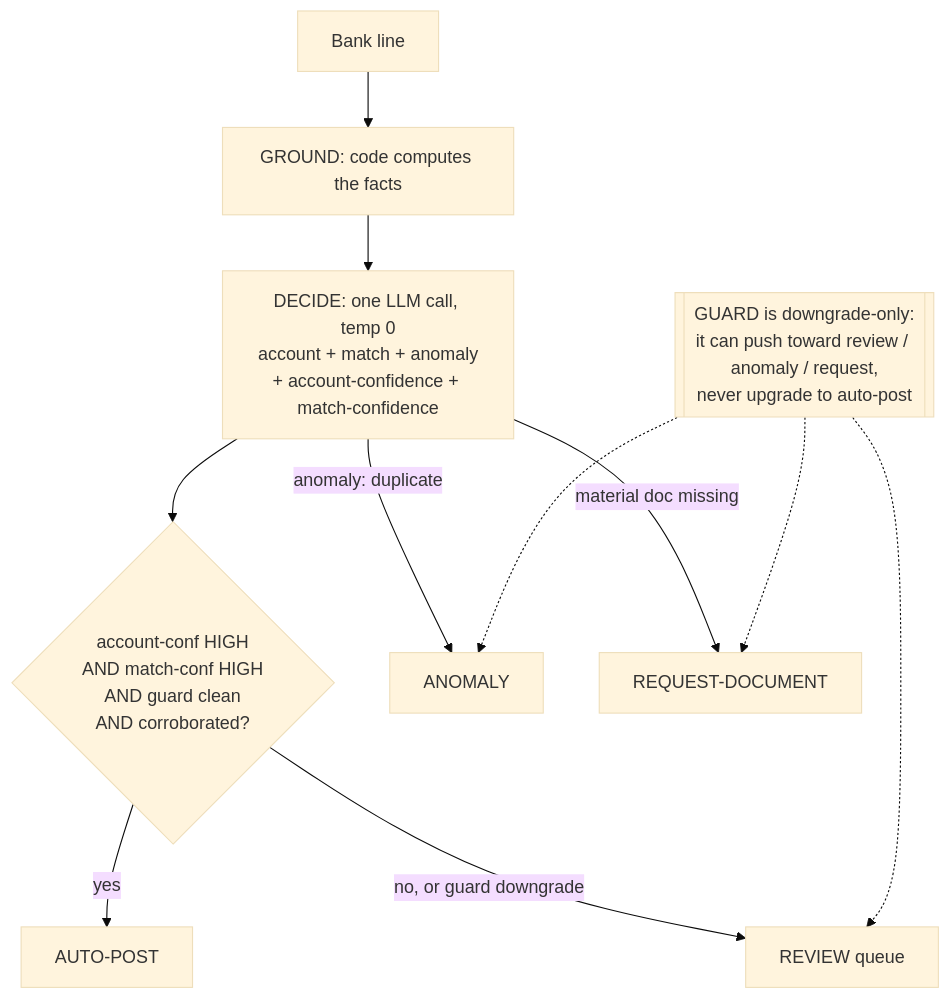
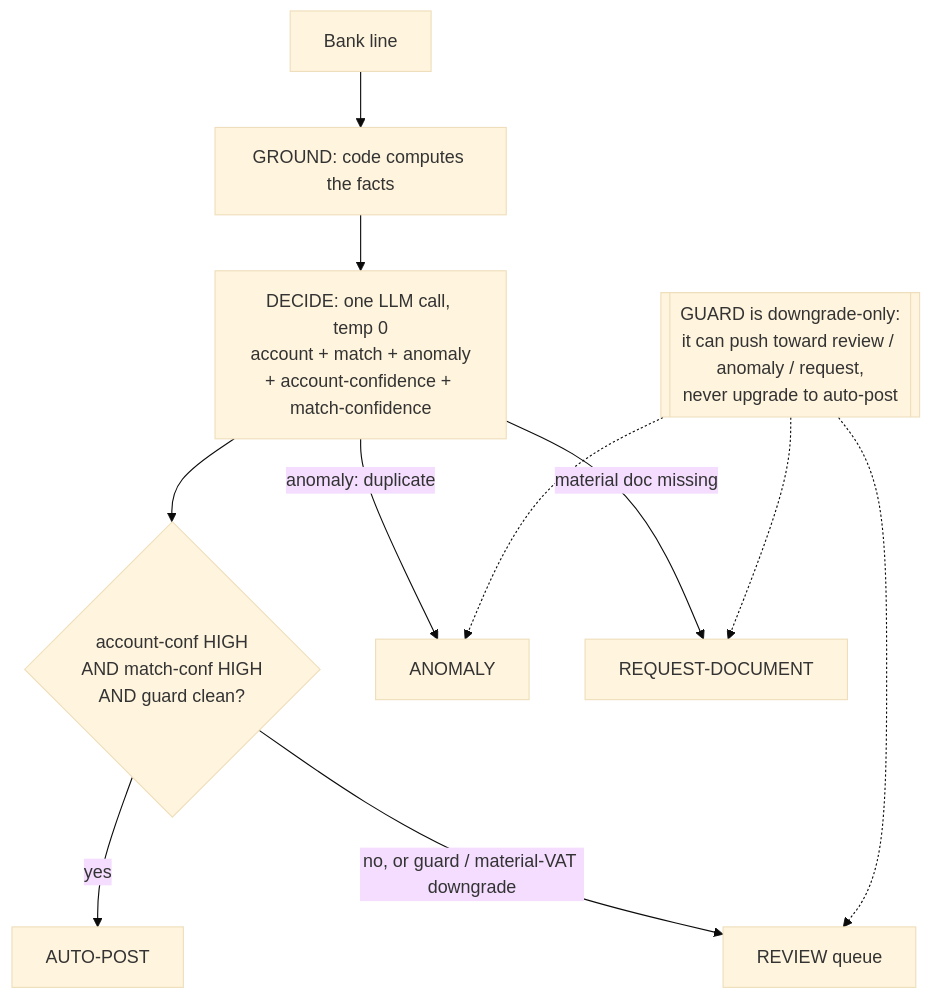
The second of 4 diagrams in README.md (adam-fendri/project-agl), drawn with Mermaid (base theme) before and after one commit. The commit also changed other lines of this file and 2 other files, not shown here.

````diff
--- a/README.md
+++ b/README.md
@@ -275,13 +279,13 @@
 ```mermaid
 flowchart TD
     L[Bank line] --> G[GROUND: code computes the facts]
     G --> D["DECIDE: one LLM call, temp 0<br/>account + match + anomaly<br/>+ account-confidence + match-confidence"]
-    D --> Q{"account-conf HIGH<br/>AND match-conf HIGH<br/>AND guard clean<br/>AND corroborated?"}
+    D --> Q{"account-conf HIGH<br/>AND match-conf HIGH<br/>AND guard clean?"}
     Q -->|yes| AUTO[AUTO-POST]
-    Q -->|"no, or guard downgrade"| REV[REVIEW queue]
+    Q -->|"no, or guard / material-VAT downgrade"| REV[REVIEW queue]
     D -->|"anomaly: duplicate"| AN[ANOMALY]
     D -->|"material doc missing"| RQ[REQUEST-DOCUMENT]
     GRD[["GUARD is downgrade-only:<br/>it can push toward review / anomaly / request,<br/>never upgrade to auto-post"]] -.-> REV
     GRD -.-> AN
     GRD -.-> RQ
 ```
````
